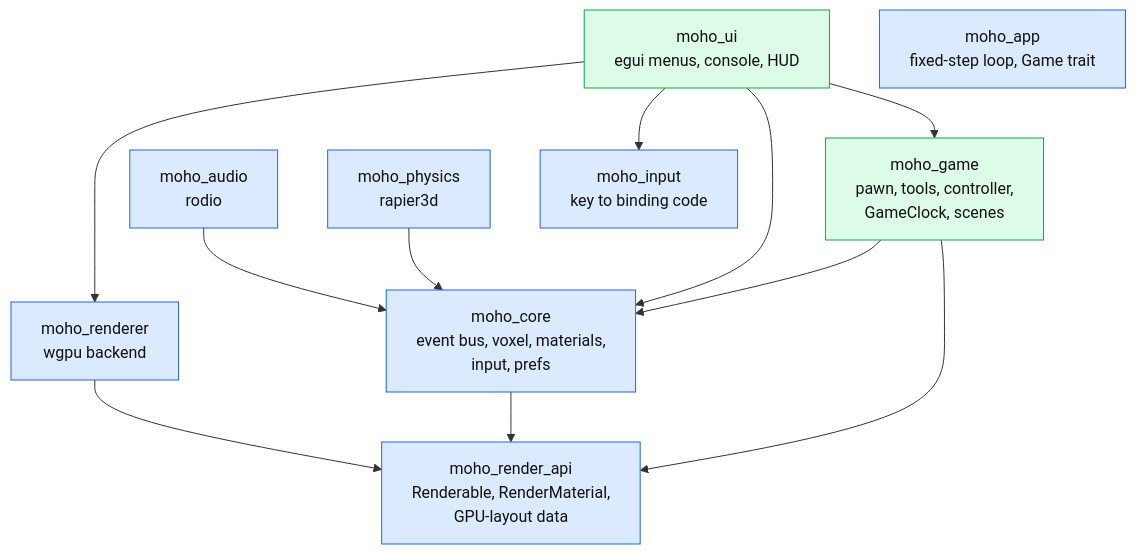
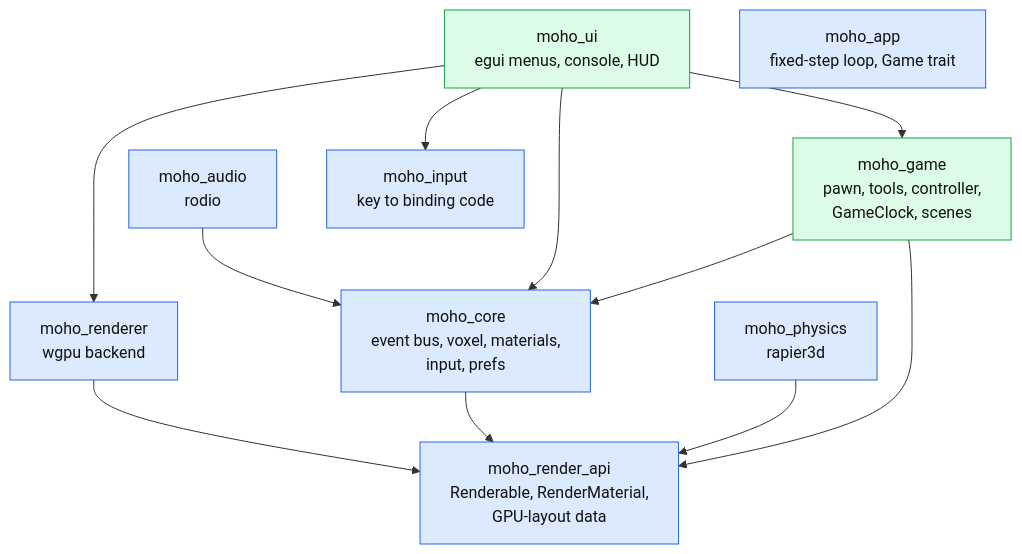
The first of 3 diagrams in wiki/architecture/overview.md (WrackedFella/moho), drawn with Mermaid before and after one commit. The commit also changed other lines of this file and 12 other files, not shown here.

````diff
--- a/wiki/architecture/overview.md
+++ b/wiki/architecture/overview.md
@@ -17,23 +17,23 @@
 ```mermaid
 flowchart TD
     ui["moho_ui<br/>egui menus, console, HUD"]:::strategy
     game["moho_game<br/>pawn, tools, controller,<br/>GameClock, scenes"]:::strategy
 
     renderer["moho_renderer<br/>wgpu backend"]:::engine
     rapi["moho_render_api<br/>Renderable, RenderMaterial,<br/>GPU-layout data"]:::engine
     core["moho_core<br/>event bus, voxel, materials,<br/>input, prefs"]:::engine
     audio["moho_audio<br/>rodio"]:::engine
     physics["moho_physics<br/>rapier3d"]:::engine
     input["moho_input<br/>key to binding code"]:::engine
     app["moho_app<br/>fixed-step loop, Game trait"]:::engine
 
     ui --> renderer & input & core & game
     game --> core & rapi
     renderer --> rapi
     audio --> core
-    physics --> core
+    physics --> rapi
     core --> rapi
 
     classDef engine fill:#dbeafe,stroke:#2563eb,color:#111
     classDef strategy fill:#dcfce7,stroke:#16a34a,color:#111
 ```
````
